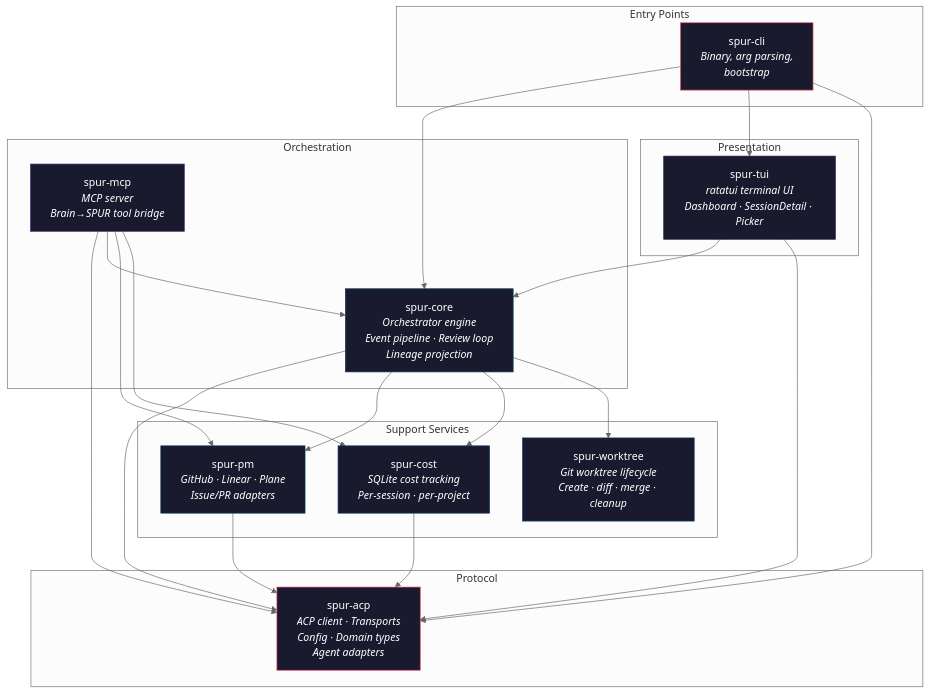
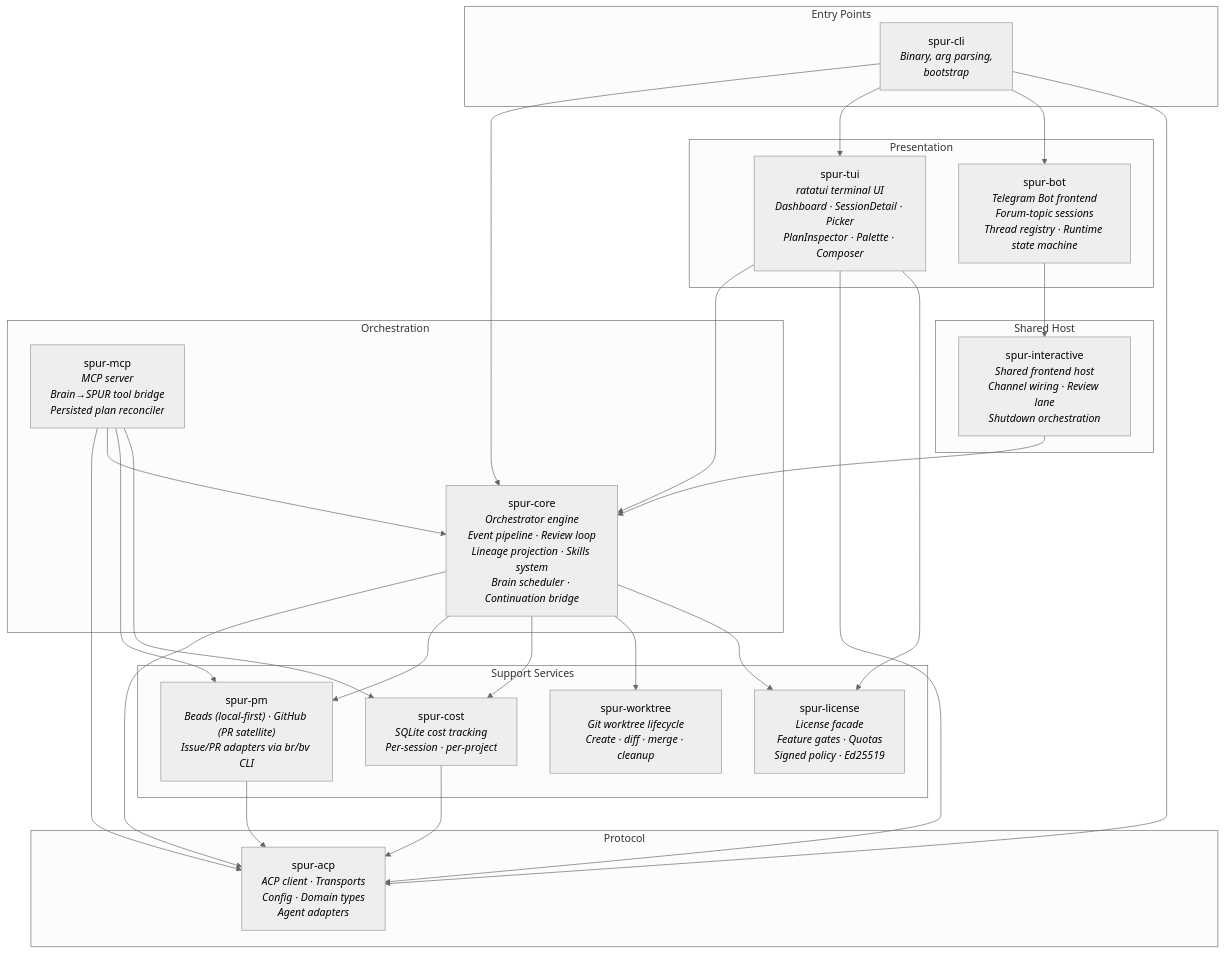
Before and after one commit to getspur/spur: the first of 4 diagrams in docs/architecture.md, drawn with Mermaid (neutral theme). The commit also changed other lines of this file and 14 other files, not shown here.

````diff
--- a/docs/architecture.md
+++ b/docs/architecture.md
@@ -9,50 +9,52 @@
 ```mermaid
 graph TB
     subgraph "Entry Points"
         CLI["spur-cli<br/><i>Binary, arg parsing,<br/>bootstrap</i>"]
     end
 
     subgraph "Presentation"
-        TUI["spur-tui<br/><i>ratatui terminal UI<br/>Dashboard · SessionDetail · Picker</i>"]
+        TUI["spur-tui<br/><i>ratatui terminal UI<br/>Dashboard · SessionDetail · Picker<br/>PlanInspector · Palette · Composer</i>"]
+        BOT["spur-bot<br/><i>Telegram Bot frontend<br/>Forum-topic sessions<br/>Thread registry · Runtime state machine</i>"]
     end
 
     subgraph "Orchestration"
-        CORE["spur-core<br/><i>Orchestrator engine<br/>Event pipeline · Review loop<br/>Lineage projection</i>"]
-        MCP["spur-mcp<br/><i>MCP server<br/>Brain→SPUR tool bridge</i>"]
+        CORE["spur-core<br/><i>Orchestrator engine<br/>Event pipeline · Review loop<br/>Lineage projection · Skills system<br/>Brain scheduler · Continuation bridge</i>"]
+        MCP["spur-mcp<br/><i>MCP server<br/>Brain→SPUR tool bridge<br/>Persisted plan reconciler</i>"]
     end
 
     subgraph "Protocol"
         ACP["spur-acp<br/><i>ACP client · Transports<br/>Config · Domain types<br/>Agent adapters</i>"]
     end
 
     subgraph "Support Services"
-        PM["spur-pm<br/><i>GitHub · Linear · Plane<br/>Issue/PR adapters</i>"]
+        PM["spur-pm<br/><i>Beads (local-first) · GitHub (PR satellite)<br/>Issue/PR adapters via br/bv CLI</i>"]
         COST["spur-cost<br/><i>SQLite cost tracking<br/>Per-session · per-project</i>"]
         WT["spur-worktree<br/><i>Git worktree lifecycle<br/>Create · diff · merge · cleanup</i>"]
+        LICENSE["spur-license<br/><i>License facade<br/>Feature gates · Quotas<br/>Signed policy · Ed25519</i>"]
+    end
+
+    subgraph "Shared Host"
+        INTERACTIVE["spur-interactive<br/><i>Shared frontend host<br/>Channel wiring · Review lane<br/>Shutdown orchestration</i>"]
     end
 
     CLI --> CORE
     CLI --> TUI
+    CLI --> BOT
     CLI --> ACP
     TUI --> CORE
     TUI --> ACP
+    TUI --> LICENSE
+    BOT --> INTERACTIVE
     CORE --> ACP
     CORE --> PM
     CORE --> COST
     CORE --> WT
+    CORE --> LICENSE
     MCP --> ACP
     MCP --> CORE
     MCP --> PM
     MCP --> COST
+    INTERACTIVE --> CORE
     PM --> ACP
     COST --> ACP
-
-    style ACP fill:#1a1a2e,stroke:#e94560,color:#fff
-    style CORE fill:#1a1a2e,stroke:#0f3460,color:#fff
-    style TUI fill:#1a1a2e,stroke:#16213e,color:#fff
-    style MCP fill:#1a1a2e,stroke:#533483,color:#fff
-    style CLI fill:#1a1a2e,stroke:#e94560,color:#fff
-    style PM fill:#1a1a2e,stroke:#0f3460,color:#fff
-    style COST fill:#1a1a2e,stroke:#0f3460,color:#fff
-    style WT fill:#1a1a2e,stroke:#0f3460,color:#fff
 ```
````
